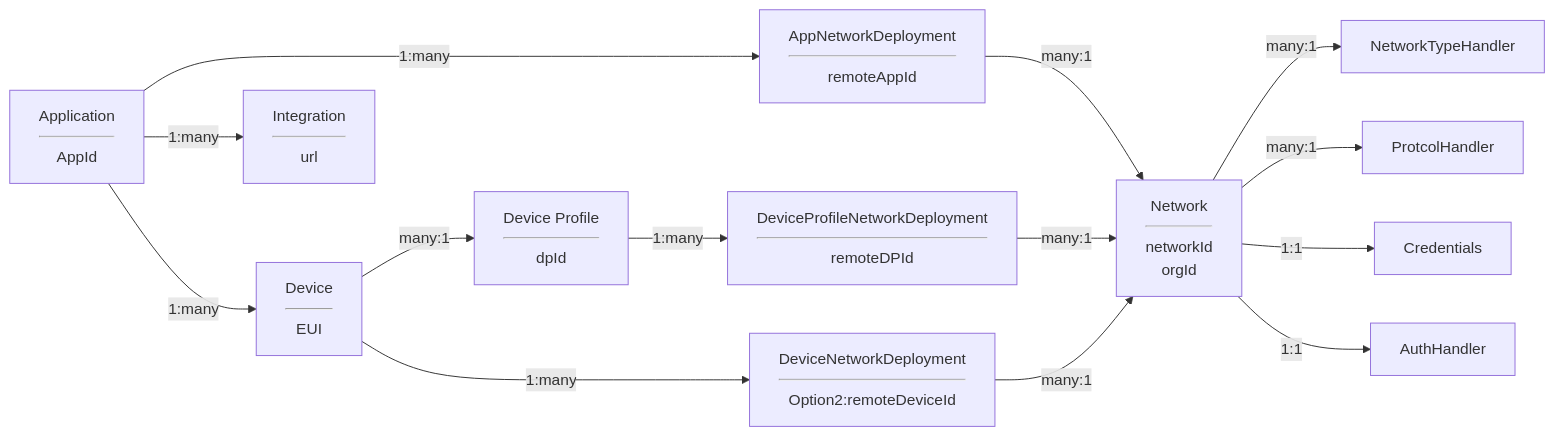
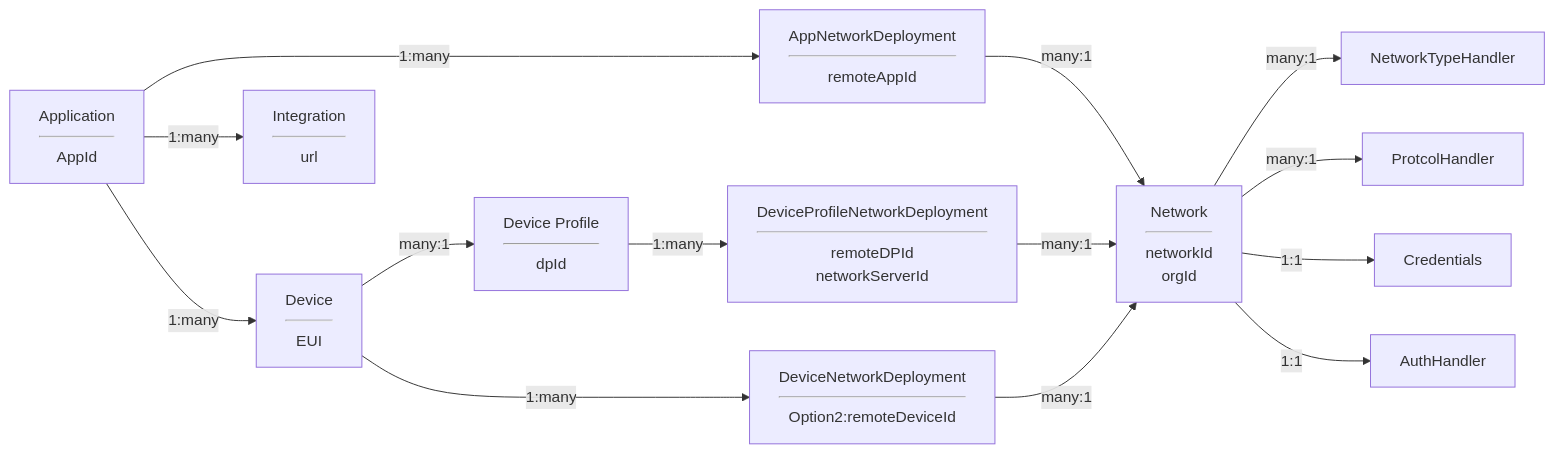
The fourth of 4 diagrams in docs/DESIGN.md (cablelabs/lpwanserver), drawn with Mermaid before and after one commit. The commit also changed other lines of this file and 2 other files, not shown here.

````diff
--- a/docs/DESIGN.md
+++ b/docs/DESIGN.md
@@ -62,28 +120,28 @@
 ```mermaid
 graph LR
 A[Application<hr>AppId] 
 B[Device<hr>EUI]
 C[Device Profile<hr>dpId]
 D[AppNetworkDeployment<hr>remoteAppId]
 E[Network<hr>networkId<br>orgId]
-G[DeviceProfileNetworkDeployment<hr>remoteDPId]
+G[DeviceProfileNetworkDeployment<hr>remoteDPId<br>networkServerId<br>]
 H[Integration<hr>url]
 I[NetworkTypeHandler]
 J[ProtcolHandler]
 K[DeviceNetworkDeployment<hr>Option2:remoteDeviceId]
 L[Credentials]
 M[AuthHandler]
 A --> |1:many|B
 A --> |1:many|H
 B --> |many:1|C
 A --> |1:many| D
 D --> |many:1| E
 C --> |1:many| G
 G --> |many:1| E
 E --> |many:1| I
 E --> |many:1| J
 B --> |1:many| K
 K --> |many:1| E
 E --> |1:1| L
 E --> |1:1| M
 ```
````
